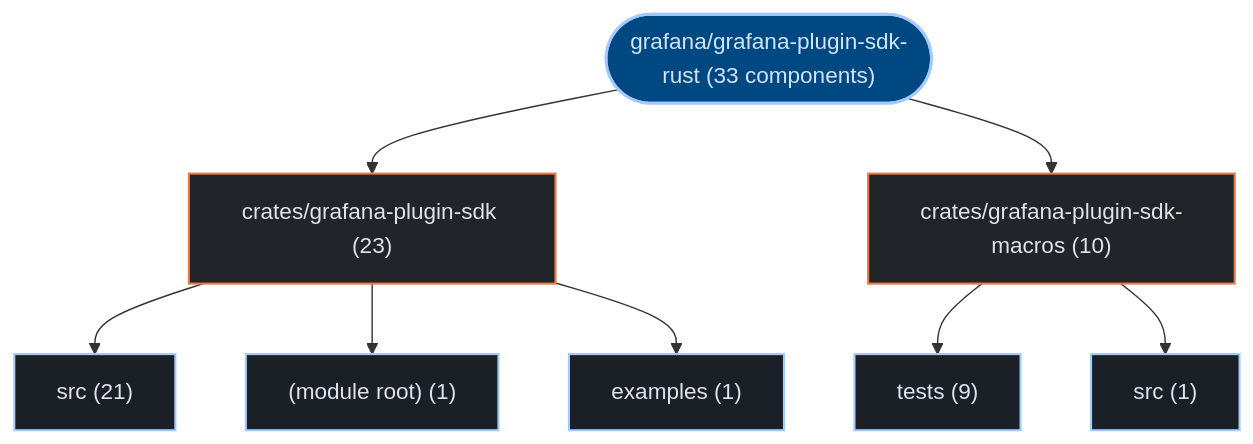
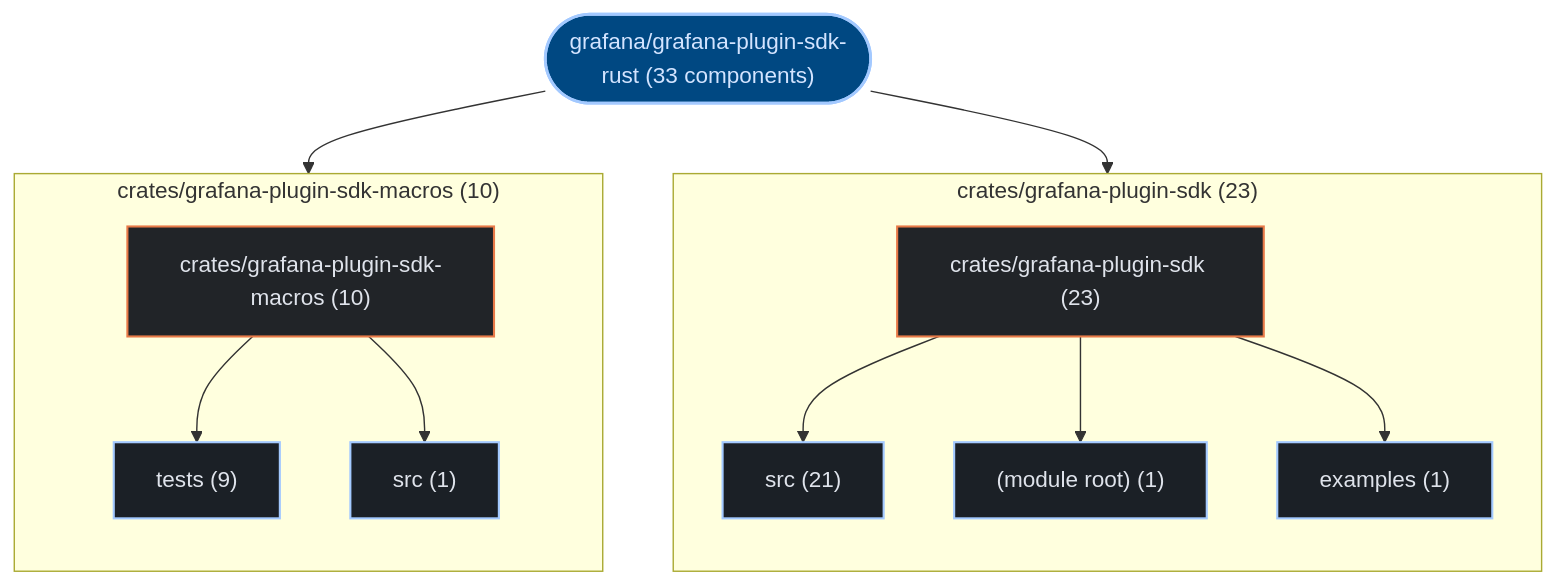
The first of 2 diagrams in exports/latest/reports/grafana-grafana-plugin-sdk-rust-report.md (kumarshaz/atruss-code-atlas), drawn with Mermaid before and after one commit. The commit also changed 178 other files, not shown here.

Commit message:
feat(ui,mermaid): upgrade to mermaid v12 + ELK layout, add orgs-summary + pagination, subgraph building blocks, fix tab alignment

````diff
--- a/exports/latest/reports/grafana-grafana-plugin-sdk-rust-report.md
+++ b/exports/latest/reports/grafana-grafana-plugin-sdk-rust-report.md
@@ -42,25 +42,31 @@
 ```mermaid
 graph TD;
   classDef atlasRoot fill:#004882,stroke:#a3c9ff,stroke-width:2px,color:#d3e4ff
   classDef atlasCategory fill:#212428,stroke:#E87A48,stroke-width:1.5px,color:#dfe3eb
   classDef atlasWorkflow fill:#1b2026,stroke:#a3c9ff,stroke-width:1.5px,color:#dfe3eb
   classDef atlasJob fill:#171c22,stroke:#8d9199,stroke-width:1px,color:#dfe3eb
   classDef atlasTarget fill:#005227,stroke:#8bd99b,stroke-width:1.5px,color:#a7f6b6
   classDef atlasAlert fill:#93000a,stroke:#ffb4ab,stroke-width:1.5px,color:#ffdad6
   classDef atlasMore fill:#252a31,stroke:#8d9199,stroke-dasharray:4 4,color:#c3c6cf
     repo_root(["grafana/grafana-plugin-sdk-rust (33 components)"]):::atlasRoot
-    dir_0_crates_grafana_plugin_sdk["crates/grafana-plugin-sdk (23)"]:::atlasCategory
+    subgraph sg_dir_0_crates_grafana_plugin_sdk["crates/grafana-plugin-sdk (23)"]
+      direction TB
+      dir_0_crates_grafana_plugin_sdk["crates/grafana-plugin-sdk (23)"]:::atlasCategory
+      sub_0_0_src["src (21)"]:::atlasWorkflow
+      dir_0_crates_grafana_plugin_sdk --> sub_0_0_src
+      sub_0_1__module_root_["(module root) (1)"]:::atlasWorkflow
+      dir_0_crates_grafana_plugin_sdk --> sub_0_1__module_root_
+      sub_0_2_examples["examples (1)"]:::atlasWorkflow
+      dir_0_crates_grafana_plugin_sdk --> sub_0_2_examples
+    end
     repo_root --> dir_0_crates_grafana_plugin_sdk
-    sub_0_0_src["src (21)"]:::atlasWorkflow
-    dir_0_crates_grafana_plugin_sdk --> sub_0_0_src
-    sub_0_1__module_root_["(module root) (1)"]:::atlasWorkflow
-    dir_0_crates_grafana_plugin_sdk --> sub_0_1__module_root_
-    sub_0_2_examples["examples (1)"]:::atlasWorkflow
-    dir_0_crates_grafana_plugin_sdk --> sub_0_2_examples
-    dir_1_crates_grafana_plugin_sdk_macros["crates/grafana-plugin-sdk-macros (10)"]:::atlasCategory
+    subgraph sg_dir_1_crates_grafana_plugin_sdk_macros["crates/grafana-plugin-sdk-macros (10)"]
+      direction TB
+      dir_1_crates_grafana_plugin_sdk_macros["crates/grafana-plugin-sdk-macros (10)"]:::atlasCategory
+      sub_1_0_tests["tests (9)"]:::atlasWorkflow
+      dir_1_crates_grafana_plugin_sdk_macros --> sub_1_0_tests
+      sub_1_1_src["src (1)"]:::atlasWorkflow
+      dir_1_crates_grafana_plugin_sdk_macros --> sub_1_1_src
+    end
     repo_root --> dir_1_crates_grafana_plugin_sdk_macros
-    sub_1_0_tests["tests (9)"]:::atlasWorkflow
-    dir_1_crates_grafana_plugin_sdk_macros --> sub_1_0_tests
-    sub_1_1_src["src (1)"]:::atlasWorkflow
-    dir_1_crates_grafana_plugin_sdk_macros --> sub_1_1_src
 ```
````
